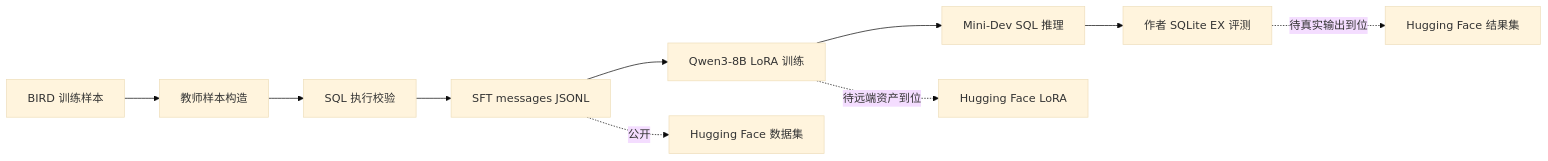
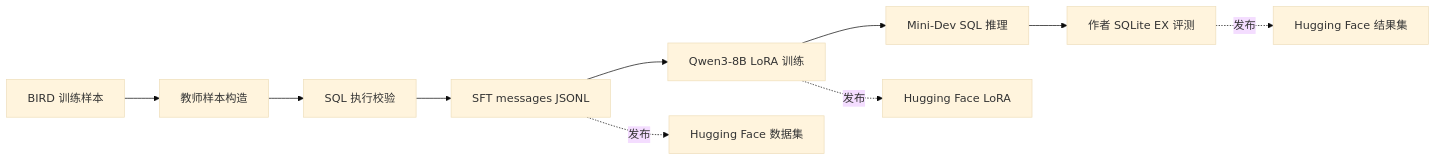
One commit to craboy4/text-to-sql-struct-distillation changed the diagram in README.md. Above: the diagram before and after it, drawn with Mermaid (base theme). The commit also changed other lines of this file and 5 other files, not shown here.

````diff
--- a/README.md
+++ b/README.md
@@ -17,12 +17,12 @@
 ```mermaid
 flowchart LR
     A[BIRD 训练样本] --> B[教师样本构造]
     B --> C[SQL 执行校验]
     C --> D[SFT messages JSONL]
     D --> E[Qwen3-8B LoRA 训练]
     E --> F[Mini-Dev SQL 推理]
     F --> G[作者 SQLite EX 评测]
-    D -.公开.-> H[Hugging Face 数据集]
-    E -.待远端资产到位.-> I[Hugging Face LoRA]
-    G -.待真实输出到位.-> J[Hugging Face 结果集]
+    D -.发布.-> H[Hugging Face 数据集]
+    E -.发布.-> I[Hugging Face LoRA]
+    G -.发布.-> J[Hugging Face 结果集]
 ```
````
